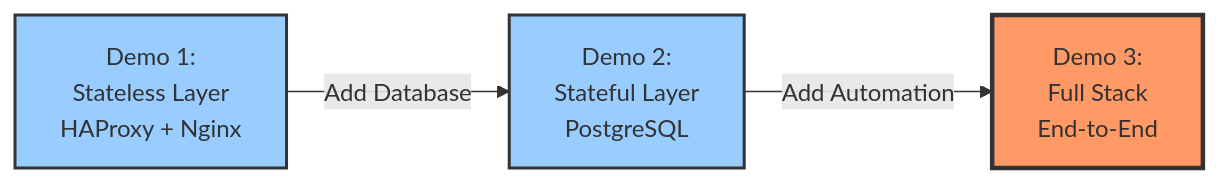
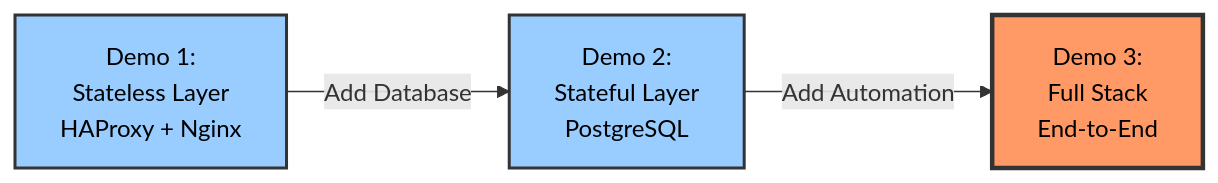
The fifth of 5 diagrams in belajar-ha/README.md (endymuhardin/training-sre-junior-2025-02), drawn with Mermaid before and after one commit. The commit also changed other lines of this file and 3 other files, not shown here.

First line of the commit message:
Perbaikan kontras warna diagram Mermaid untuk dark/light theme

````diff
--- a/belajar-ha/README.md
+++ b/belajar-ha/README.md
@@ -326,13 +326,13 @@
 ```mermaid
 graph LR
     Demo1[Demo 1:<br/>Stateless Layer<br/>HAProxy + Nginx]
     Demo2[Demo 2:<br/>Stateful Layer<br/>PostgreSQL]
     Demo3[Demo 3:<br/>Full Stack<br/>End-to-End]
 
     Demo1 -->|Add Database| Demo2
     Demo2 -->|Add Automation| Demo3
 
-    style Demo1 fill:#9cf,stroke:#333,stroke-width:2px
-    style Demo2 fill:#9cf,stroke:#333,stroke-width:2px
-    style Demo3 fill:#f96,stroke:#333,stroke-width:3px
+    style Demo1 fill:#9cf,stroke:#333,stroke-width:2px,color:#000
+    style Demo2 fill:#9cf,stroke:#333,stroke-width:2px,color:#000
+    style Demo3 fill:#f96,stroke:#333,stroke-width:3px,color:#000
 ```
````
